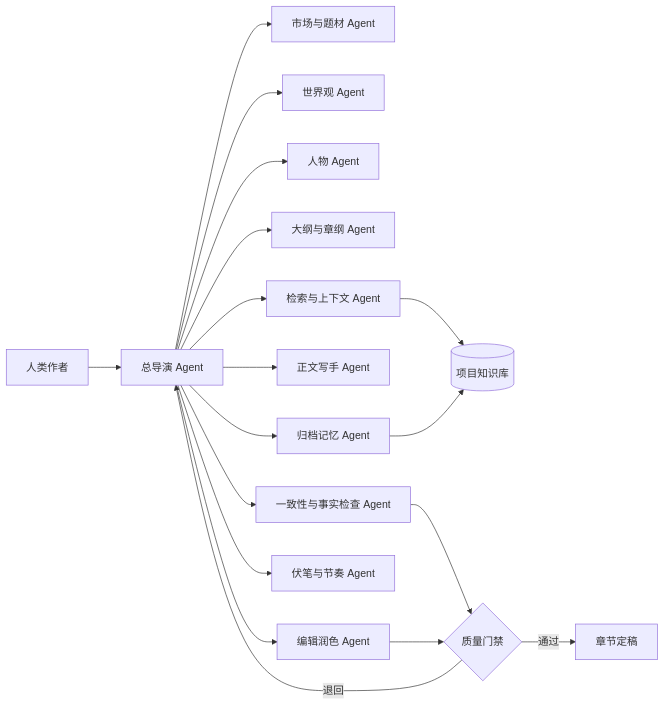
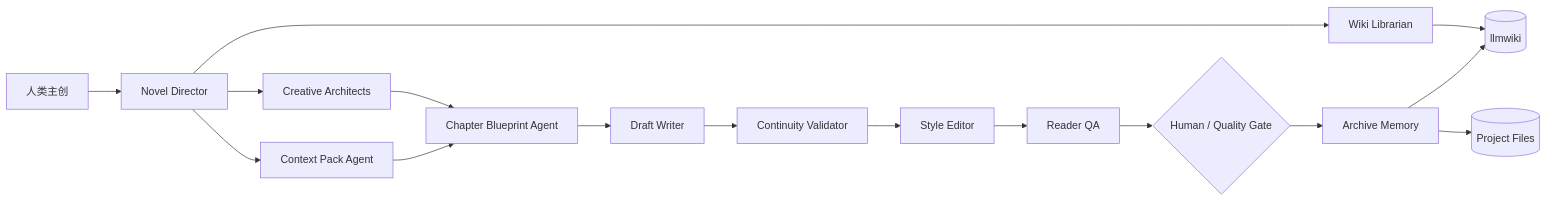
The first of 2 diagrams in docs/novel-creation-agent-team-tech-plan.md (shunminli/ceo-agent-botmux), drawn with Mermaid before and after one commit. The commit also changed other lines of this file and 1 other file, not shown here.

Commit message:
docs: consolidate novel agent team plan

````diff
--- a/docs/novel-creation-agent-team-tech-plan.md
+++ b/docs/novel-creation-agent-team-tech-plan.md
@@ -125,20 +78,18 @@
 ```mermaid
 flowchart LR
-  U[人类作者] --> D[总导演 Agent]
-  D --> M[市场与题材 Agent]
-  D --> W[世界观 Agent]
-  D --> C[人物 Agent]
-  D --> P[大纲与章纲 Agent]
-  D --> R[检索与上下文 Agent]
-  D --> A[正文写手 Agent]
-  D --> E[编辑润色 Agent]
-  D --> Q[一致性与事实检查 Agent]
-  D --> S[伏笔与节奏 Agent]
-  D --> G[归档记忆 Agent]
-  R --> KB[(项目知识库)]
-  G --> KB
-  Q --> Gate{质量门禁}
-  E --> Gate
-  Gate -->|通过| Output[章节定稿]
-  Gate -->|退回| D
+  Human[人类主创] --> Director[Novel Director]
+  Director --> Wiki[Wiki Librarian]
+  Director --> Creative[Creative Architects]
+  Director --> Context[Context Pack Agent]
+  Creative --> Blueprint[Chapter Blueprint Agent]
+  Context --> Blueprint
+  Blueprint --> Writer[Draft Writer]
+  Writer --> QA[Continuity Validator]
+  QA --> Editor[Style Editor]
+  Editor --> Reader[Reader QA]
+  Reader --> Gate{Human / Quality Gate}
+  Gate --> Archive[Archive Memory]
+  Archive --> Project[(Project Files)]
+  Wiki --> LLMWiki[(llmwiki)]
+  Archive --> LLMWiki
 ```
````
